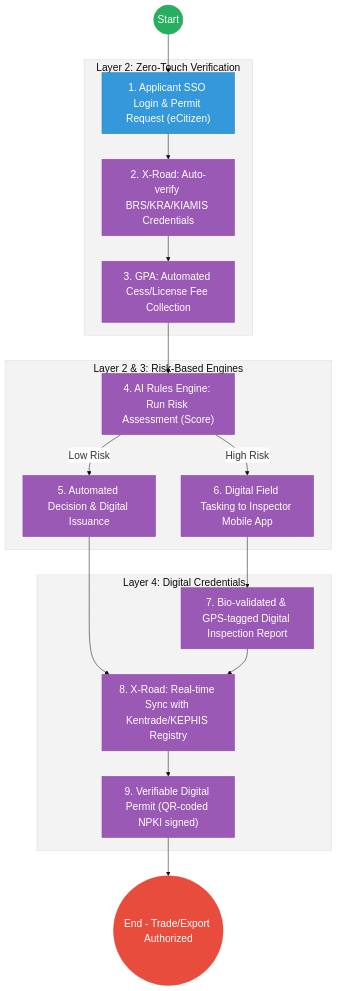
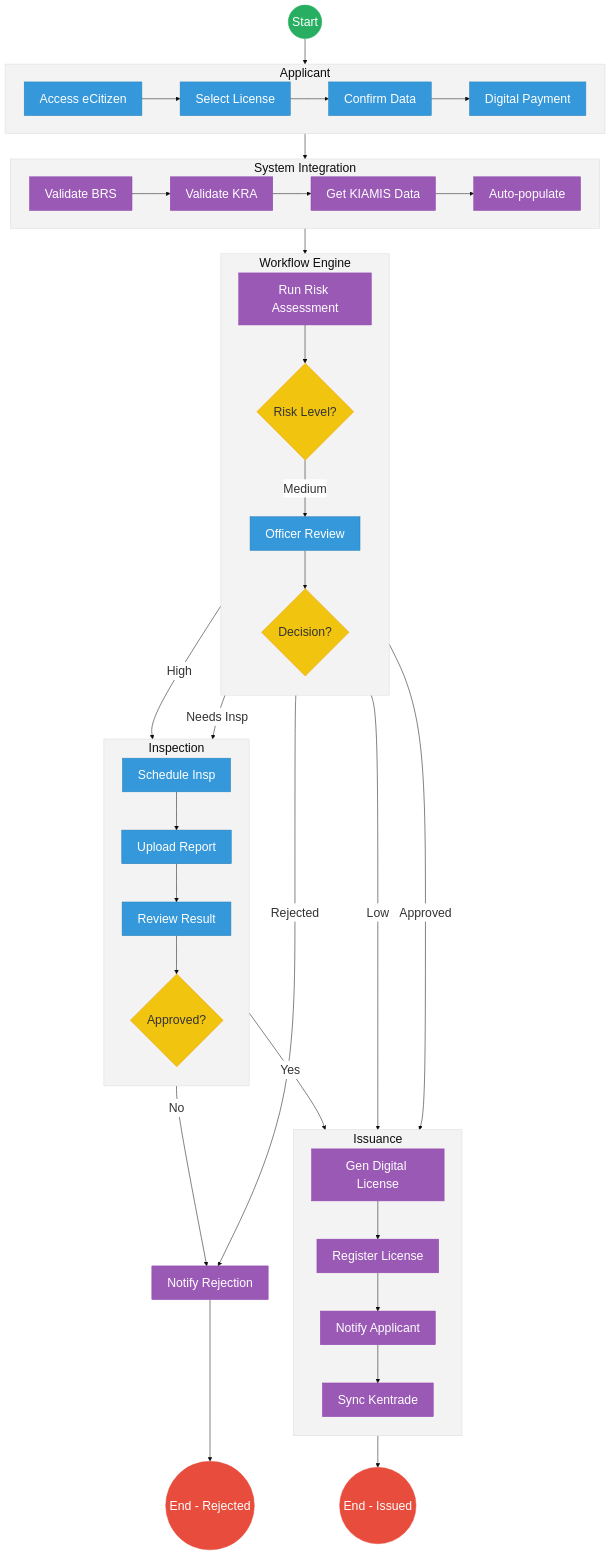
The second of 2 diagrams in mdas/docs_final/priority_mdas/Agriculture_and_Food_Authority___Service_Delivery.md (BITZ-IT-Consulting-LTD/ictapoc), drawn with Mermaid before and after one commit. The commit also changed other lines of this file and 90 other files, not shown here.

````diff
--- a/mdas/docs_final/priority_mdas/Agriculture_and_Food_Authority___Service_Delivery.md
+++ b/mdas/docs_final/priority_mdas/Agriculture_and_Food_Authority___Service_Delivery.md
@@ -111,35 +142,79 @@
 ```mermaid
-%%{init: { 'theme': 'base', 'themeVariables': { 'fontSize': '20px', 'fontFamily': 'Inter, system-ui, sans-serif', 'primaryColor': '#ffffff', 'edgeLabelBackground':'#ffffff', 'tertiaryColor': '#f3f3f3', 'mainBkg': '#ffffff', 'nodeBorder': '#333333' } } }%%
+%%{init: { 'theme': 'base', 'themeVariables': { 'fontSize': '24px', 'fontFamily': 'Inter, system-ui, sans-serif', 'primaryColor': '#ffffff', 'edgeLabelBackground':'#ffffff', 'tertiaryColor': '#f3f3f3', 'mainBkg': '#ffffff', 'nodeBorder': '#333333' } } }%%
 flowchart TD
-    Start((Start)) --> Portal["1. Applicant SSO Login & Permit Request (eCitizen)"]
-    
-    subgraph Trust_Hub["Layer 2: Zero-Touch Verification"]
-        Portal --> Verify["2. X-Road: Auto-verify BRS/KRA/KIAMIS Credentials"]
-        Verify --> Payment["3. GPA: Automated Cess/License Fee Collection"]
+    %% Events
+    Start((Start))
+    EndApprove(("End - Issued"))
+    EndReject(("End - Rejected"))
+
+    subgraph Applicant [Applicant]
+        direction LR
+        Access["Access eCitizen"] --> SelectType["Select License"]
+        SelectType --> ConfirmData["Confirm Data"]
+        ConfirmData --> MakePayment["Digital Payment"]
     end
 
-    subgraph Operations["Layer 2 & 3: Risk-Based Engines"]
-        Payment --> Risk["4. AI Rules Engine: Run Risk Assessment (Score)"]
-        Risk -- "Low Risk" --> AutoApp["5. Automated Decision & Digital Issuance"]
-        Risk -- "High Risk" --> Insp["6. Digital Field Tasking to Inspector Mobile App"]
+    subgraph IntegrationLayer["System Integration"]
+        direction LR
+        ValBRS["Validate BRS"] --> ValKRA["Validate KRA"]
+        ValKRA --> GetKIAMIS["Get KIAMIS Data"]
+        GetKIAMIS --> AutoPop["Auto-populate"]
     end
 
-    subgraph Settlement["Layer 4: Digital Credentials"]
-        Insp --> Upload["7. Bio-validated & GPS-tagged Digital Inspection Report"]
-        AutoApp --> Sync["8. X-Road: Real-time Sync with Kentrade/KEPHIS Registry"]
-        Upload --> Sync
-        Sync --> Output["9. Verifiable Digital Permit (QR-coded NPKI signed)"]
+    subgraph WorkflowEngine["Workflow Engine"]
+        direction TB
+        RunRisk["Run Risk Assessment"] --> RiskGateway{"Risk Level?"}
+        OfficerReview["Officer Review"] --> ReviewGateway{Decision?}
     end
 
-    Output --> EndProcess(("End - Trade/Export Authorized"))
+    subgraph InspectionWorkflow [Inspection]
+        direction TB
+        ScheduleInsp["Schedule Insp"] --> UploadReport["Upload Report"]
+        UploadReport --> ReviewInspResult["Review Result"]
+        ReviewInspResult --> InspDecisionGateway{Approved?}
+    end
 
-    classDef start fill:#27ae60,stroke:#27ae60,color:#fff,font-size:20px;;
-    classDef endNode fill:#e74c3c,stroke:#e74c3c,color:#fff,font-size:20px;;
-    classDef userTask fill:#3498db,stroke:#2980b9,color:#fff,font-size:20px;;
-    classDef serviceTask fill:#9b59b6,stroke:#8e44ad,color:#fff,font-size:20px;;
+    subgraph LicenseIssuance [Issuance]
+        direction TB
+        GenDigitalLicense["Gen Digital License"] --> RegDigitalRegistry["Register License"]
+        RegDigitalRegistry --> NotifyApplicantApprove["Notify Applicant"]
+        NotifyApplicantApprove --> SyncKentrade["Sync Kentrade"]
+    end
+
+    %% Flow connections
+    Start --> Access
+    MakePayment --> ValBRS
+    AutoPop --> RunRisk
     
-    class Start start;
-    class EndProcess endNode;
-    class Portal userTask;
-    class Verify,Payment,Risk,AutoApp,Insp,Upload,Sync,Output serviceTask;
+    RiskGateway -- "Low" --> GenDigitalLicense
+    RiskGateway -- "Medium" --> OfficerReview
+    RiskGateway -- "High" --> ScheduleInsp
+    
+    %% Officer Review Path
+    ReviewGateway -- "Approved" --> GenDigitalLicense
+    ReviewGateway -- "Needs Insp" --> ScheduleInsp
+    ReviewGateway -- "Rejected" --> NotifyReject["Notify Rejection"]
+    
+    %% Inspection Path
+    InspDecisionGateway -- "Yes" --> GenDigitalLicense
+    InspDecisionGateway -- "No" --> NotifyReject
+    
+    %% License Issuance Path
+    SyncKentrade --> EndApprove
+    
+    %% Rejection Path
+    NotifyReject --> EndReject
+
+    %% Styling
+    classDef startEvent fill:#27ae60,stroke:#27ae60,color:#fff,font-size:24px,font-size:24px;;
+    classDef endEvent fill:#e74c3c,stroke:#e74c3c,color:#fff,font-size:24px,font-size:24px;;
+    classDef userTask fill:#3498db,stroke:#2980b9,color:#fff,font-size:24px,font-size:24px;;
+    classDef serviceTask fill:#9b59b6,stroke:#8e44ad,color:#fff,font-size:24px,font-size:24px;;
+    classDef gateway fill:#f1c40f,stroke:#f39c12,color:#333,font-size:24px,font-size:24px;;
+    
+    class Start startEvent;
+    class EndApprove,EndReject endEvent;
+    class RiskGateway,ReviewGateway,InspDecisionGateway gateway;
+    class ValBRS,ValKRA,GetKIAMIS,AutoPop,RunRisk,GenDigitalLicense,RegDigitalRegistry,NotifyApplicantApprove,SyncKentrade,NotifyReject serviceTask;
+    class Access,SelectType,ConfirmData,MakePayment,OfficerReview,ScheduleInsp,UploadReport,ReviewInspResult userTask;
 ```
````
